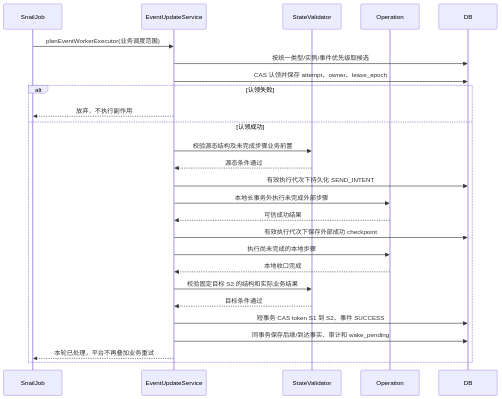
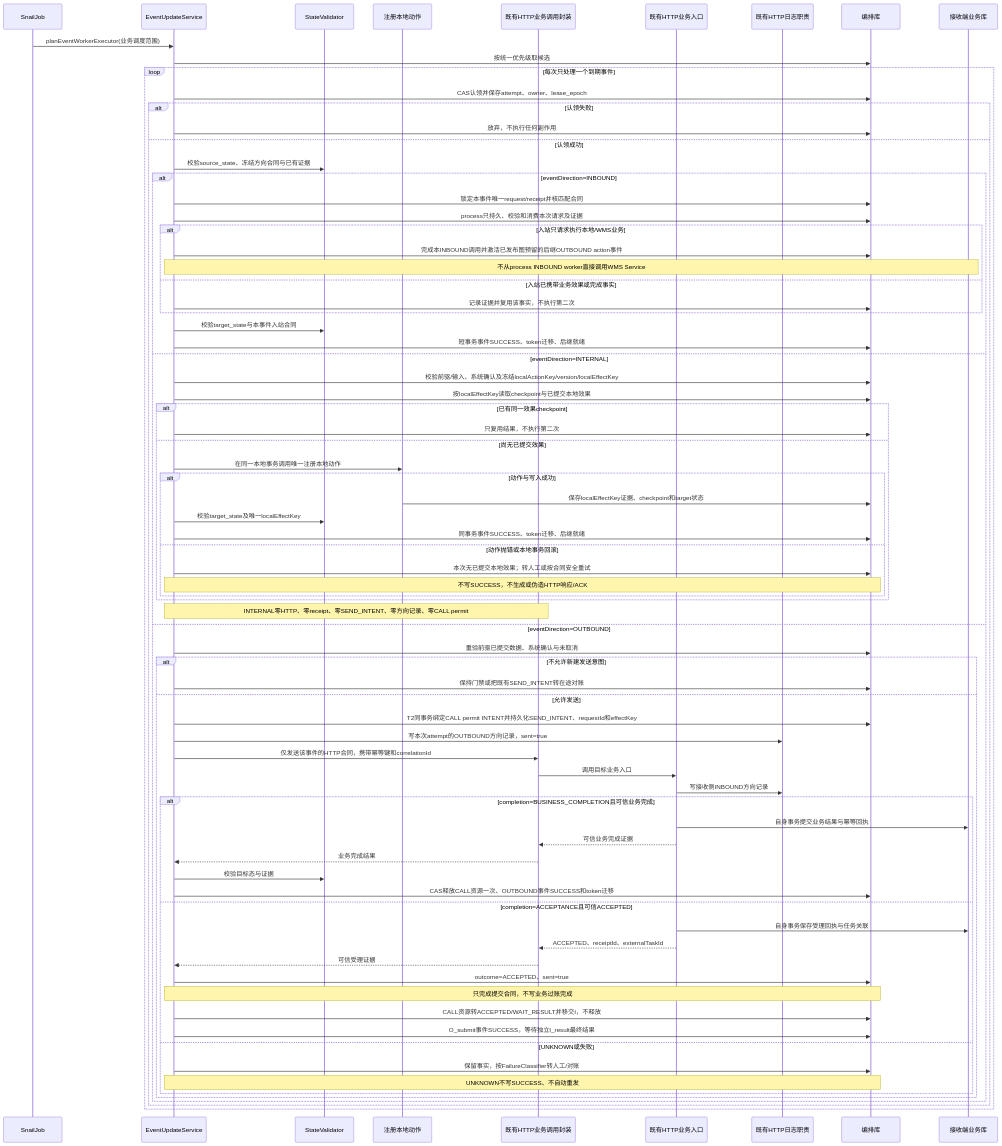
One commit to Yohmien/innolux-iws changed the fifth of 36 diagrams in docs/plan-event-state-machine-sequences.md. Above: the diagram before and after it, drawn with Mermaid. The commit also changed other lines of this file and 3 other files, not shown here.

````diff
--- a/docs/plan-event-state-machine-sequences.md
+++ b/docs/plan-event-state-machine-sequences.md
@@ -146,28 +243,80 @@
 ```mermaid
 sequenceDiagram
   participant J as SnailJob
   participant E as EventUpdateService
   participant V as StateValidator
-  participant O as Operation
-  participant D as DB
+  participant A as 注册本地动作
+  participant C as 既有HTTP业务调用封装
+  participant T as 既有HTTP业务入口
+  participant L as 既有HTTP日志职责
+  participant D as 编排库
+  participant B as 接收端业务库
   J->>E: planEventWorkerExecutor(业务调度范围)
-  E->>D: 按统一类型/实例/事件优先级取候选
-  E->>D: CAS 认领并保存 attempt、owner、lease_epoch
-  alt 认领失败
-    E-->>J: 放弃，不执行副作用
-  else 认领成功
-    E->>V: 校验源态结构及未完成步骤业务前置
-    V-->>E: 源态条件通过
-    E->>D: 有效执行代次下持久化 SEND_INTENT
-    E->>O: 本地长事务外执行未完成外部步骤
-    O-->>E: 可信成功结果
-    E->>D: 有效执行代次下保存外部成功 checkpoint
-    E->>O: 执行尚未完成的本地步骤
-    O-->>E: 本地收口完成
-    E->>V: 校验固定目标 S2 的结构和实际业务结果
-    V-->>E: 目标条件通过
-    E->>D: 短事务 CAS token S1 到 S2、事件 SUCCESS
-    E->>D: 同事务保存后继/到达事实、审计和 wake_pending
-    E-->>J: 本轮已处理，平台不再叠加业务重试
+  E->>D: 按统一优先级取候选
+  loop 每次只处理一个到期事件
+    E->>D: CAS认领并保存attempt、owner、lease_epoch
+    alt 认领失败
+      E->>D: 放弃，不执行任何副作用
+    else 认领成功
+      E->>V: 校验source_state、冻结方向合同与已有证据
+      alt eventDirection=INBOUND
+        E->>D: 锁定本事件唯一request/receipt并核匹配合同
+        E->>D: process只持久、校验和消费本次请求及证据
+        alt 入站只请求执行本地/WMS业务
+          E->>D: 完成本INBOUND调用并激活已发布图预留的后继OUTBOUND action事件
+          Note over E,B: 不从process INBOUND worker直接调用WMS Service
+        else 入站已携带业务效果或完成事实
+          E->>D: 记录证据并复用该事实，不执行第二次
+        end
+        E->>V: 校验target_state与本事件入站合同
+        E->>D: 短事务事件SUCCESS、token迁移、后继就绪
+      else eventDirection=INTERNAL
+        E->>D: 校验前驱/输入、系统确认及冻结localActionKey/version/localEffectKey
+        E->>D: 按localEffectKey读取checkpoint与已提交本地效果
+        alt 已有同一效果checkpoint
+          E->>D: 只复用结果，不执行第二次
+        else 尚无已提交效果
+          E->>A: 在同一本地事务调用唯一注册本地动作
+          alt 动作与写入成功
+            A->>D: 保存localEffectKey证据、checkpoint和target状态
+            E->>V: 校验target_state及唯一localEffectKey
+            E->>D: 同事务事件SUCCESS、token迁移、后继就绪
+          else 动作抛错或本地事务回滚
+            E->>D: 本次无已提交本地效果；转人工或按合同安全重试
+            Note over E,D: 不写SUCCESS，不生成或伪造HTTP响应/ACK
+          end
+        end
+        Note over E,C: INTERNAL零HTTP、零receipt、零SEND_INTENT、零方向记录、零CALL permit
+      else eventDirection=OUTBOUND
+        E->>D: 重验前驱已提交数据、系统确认与未取消
+        alt 不允许新建发送意图
+          E->>D: 保持门禁或把既有SEND_INTENT转在途对账
+        else 允许发送
+          E->>D: T2同事务绑定CALL permit INTENT并持久化SEND_INTENT、requestId和effectKey
+          E->>L: 写本次attempt的OUTBOUND方向记录，sent=true
+          E->>C: 仅发送该事件的HTTP合同，携带幂等键和correlationId
+          C->>T: 调用目标业务入口
+          T->>L: 写接收侧INBOUND方向记录
+          alt completion=BUSINESS_COMPLETION且可信业务完成
+            T->>B: 自身事务提交业务结果与幂等回执
+            T-->>C: 可信业务完成证据
+            C-->>E: 业务完成结果
+            E->>V: 校验目标态与证据
+            E->>D: CAS释放CALL资源一次、OUTBOUND事件SUCCESS和token迁移
+          else completion=ACCEPTANCE且可信ACCEPTED
+            T->>B: 自身事务保存受理回执与任务关联
+            T-->>C: ACCEPTED、receiptId、externalTaskId
+            C-->>E: 可信受理证据
+            E->>D: outcome=ACCEPTED、sent=true
+            Note over E,D: 只完成提交合同，不写业务过账完成
+            E->>D: CALL资源转ACCEPTED/WAIT_RESULT并移交I，不释放
+            E->>D: O_submit事件SUCCESS，等待独立I_result最终结果
+          else UNKNOWN或失败
+            E->>D: 保留事实，按FailureClassifier转人工/对账
+            Note over E,D: UNKNOWN不写SUCCESS、不自动重发
+          end
+        end
+      end
+    end
   end
 ```
````
